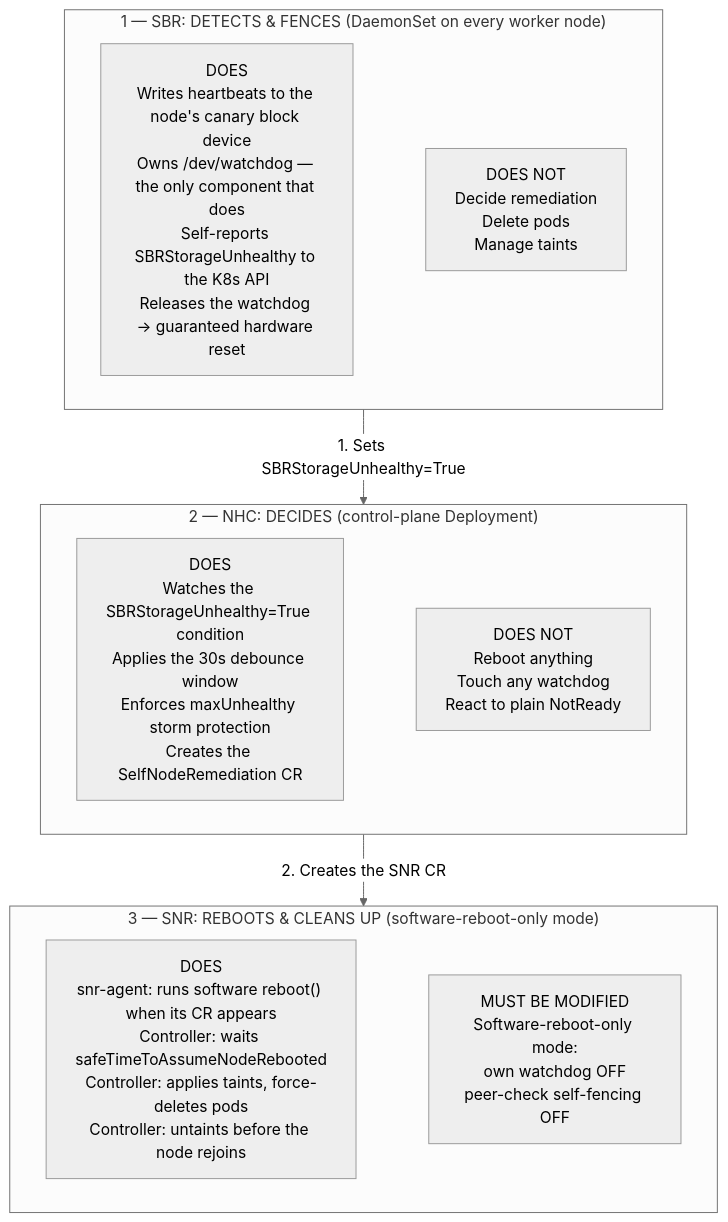
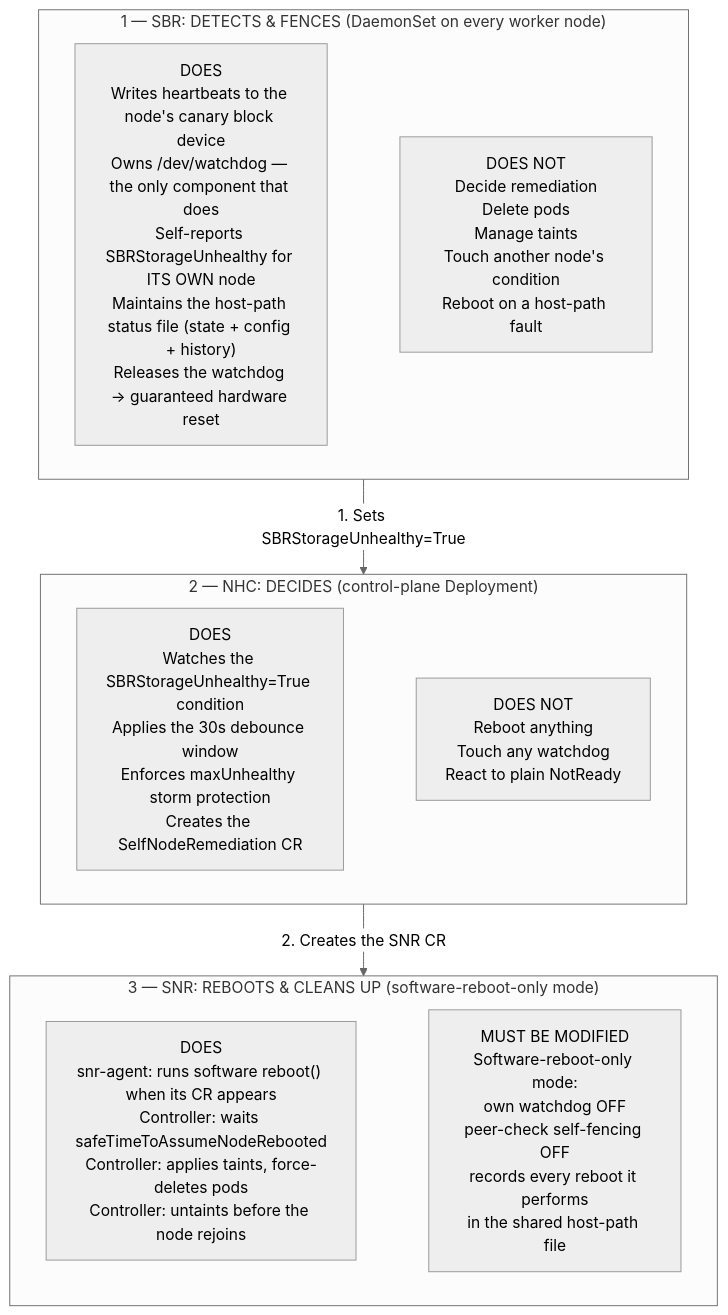
The second of 8 diagrams in docs/design/storage-arbitrated-remediation.md (mpryc/storage-based-remediation), drawn with Mermaid (neutral theme) before and after one commit. The commit also changed other lines of this file, not shown here.

````diff
--- a/docs/design/storage-arbitrated-remediation.md
+++ b/docs/design/storage-arbitrated-remediation.md
@@ -187,26 +210,26 @@
 ```mermaid
 flowchart TB
   subgraph SBRB["1 — SBR: DETECTS & FENCES (DaemonSet on every worker node)"]
     direction LR
-    S1["DOES<br/>Writes heartbeats to the node's canary block device<br/>Owns /dev/watchdog — the only component that does<br/>Self-reports SBRStorageUnhealthy to the K8s API<br/>Releases the watchdog → guaranteed hardware reset"]
-    S2["DOES NOT<br/>Decide remediation<br/>Delete pods<br/>Manage taints"]
+    S1["DOES<br/>Writes heartbeats to the node's canary block device<br/>Owns /dev/watchdog — the only component that does<br/>Self-reports SBRStorageUnhealthy for ITS OWN node<br/>Maintains the host-path status file (state + config + history)<br/>Releases the watchdog → guaranteed hardware reset"]
+    S2["DOES NOT<br/>Decide remediation<br/>Delete pods<br/>Manage taints<br/>Touch another node's condition<br/>Reboot on a host-path fault"]
     S1 ~~~ S2
   end
 
   subgraph NHCB["2 — NHC: DECIDES (control-plane Deployment)"]
     direction LR
     N1["DOES<br/>Watches the SBRStorageUnhealthy=True condition<br/>Applies the 30s debounce window<br/>Enforces maxUnhealthy storm protection<br/>Creates the SelfNodeRemediation CR"]
     N2["DOES NOT<br/>Reboot anything<br/>Touch any watchdog<br/>React to plain NotReady"]
     N1 ~~~ N2
   end
 
   subgraph SNRB["3 — SNR: REBOOTS & CLEANS UP (software-reboot-only mode)"]
     direction LR
     R1["DOES<br/>snr-agent: runs software reboot() when its CR appears<br/>Controller: waits safeTimeToAssumeNodeRebooted<br/>Controller: applies taints, force-deletes pods<br/>Controller: untaints before the node rejoins"]
-    R2["MUST BE MODIFIED<br/>Software-reboot-only mode:<br/>own watchdog OFF<br/>peer-check self-fencing OFF"]
+    R2["MUST BE MODIFIED<br/>Software-reboot-only mode:<br/>own watchdog OFF<br/>peer-check self-fencing OFF<br/>records every reboot it performs<br/>in the shared host-path file"]
     R1 ~~~ R2
   end
 
   SBRB -- "1. Sets SBRStorageUnhealthy=True" --> NHCB
   NHCB -- "2. Creates the SNR CR" --> SNRB
 ```
````
